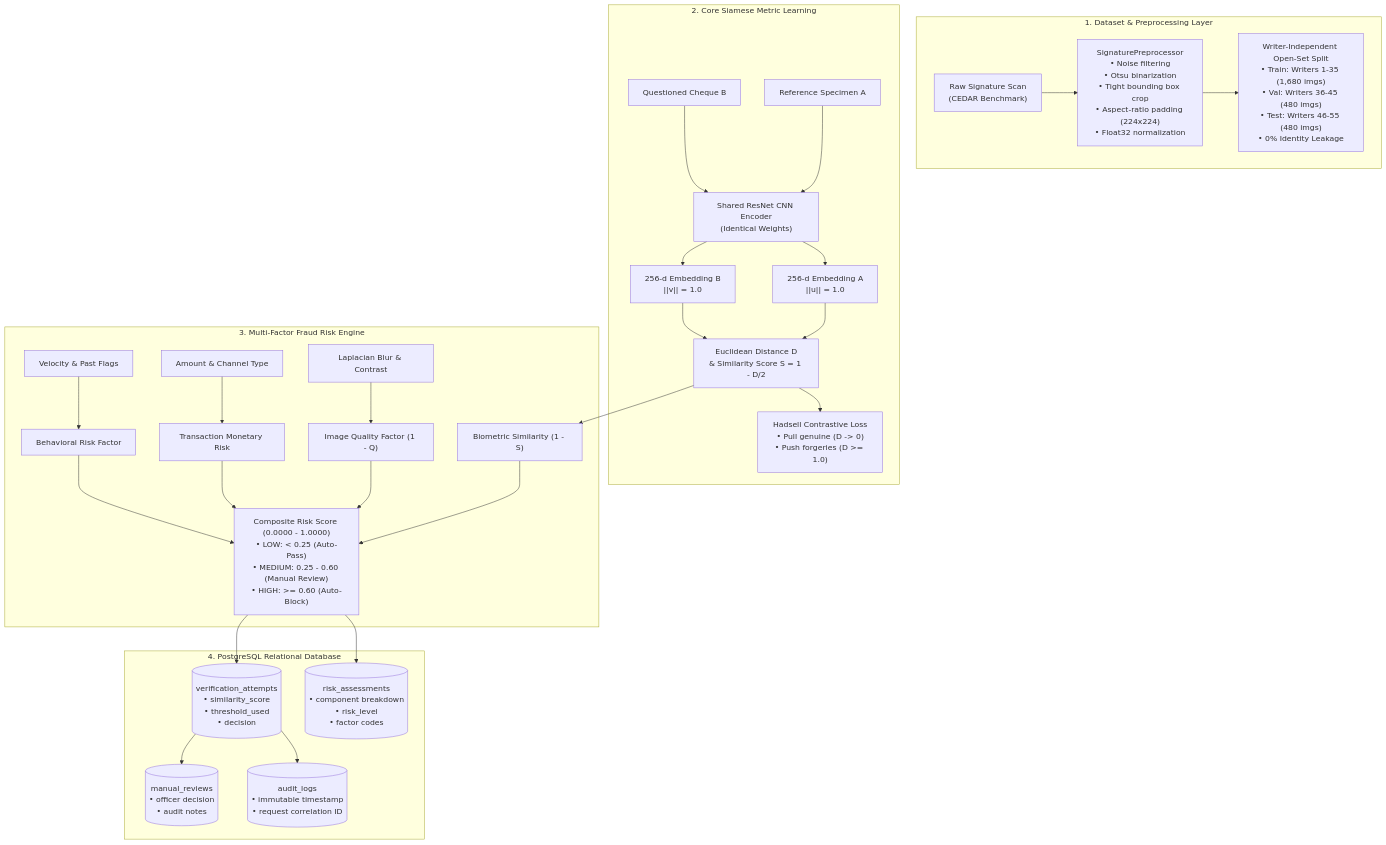
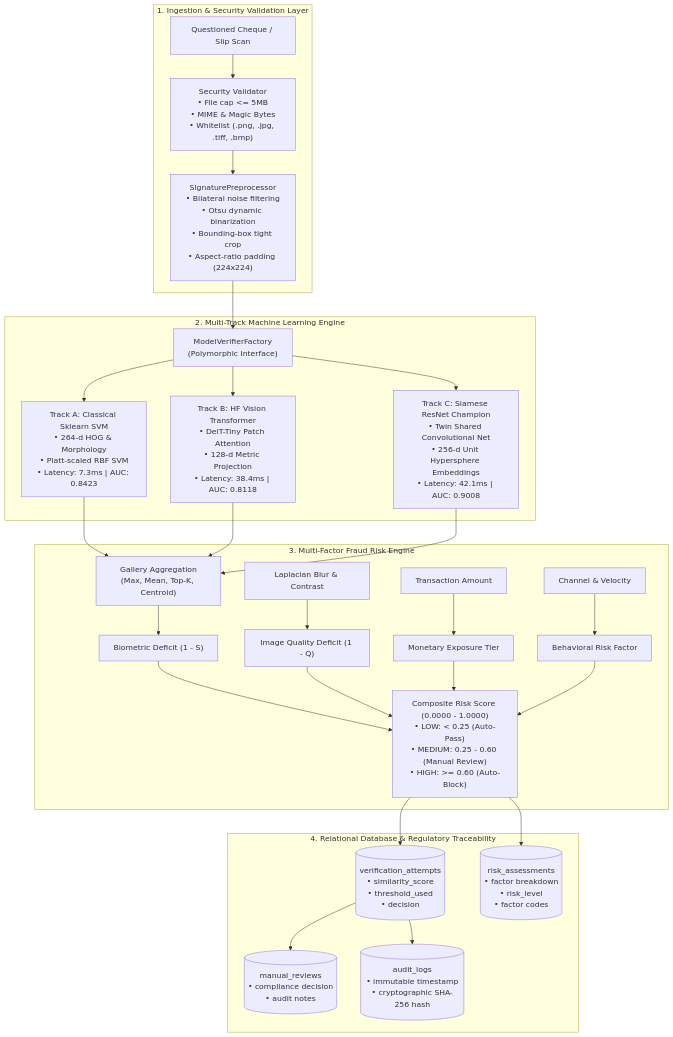
The diagram in README.md (neeravjain91-jpg/signature-v), drawn with Mermaid before and after one commit. The commit also changed other lines of this file and 68 other files, not shown here.

First line of the commit message:
feat: complete SIGNATURE VMAKE repair, independent model training, and forensic validation

````diff
--- a/README.md
+++ b/README.md
@@ -17,31 +17,30 @@
 ```mermaid
 flowchart TD
-    subgraph Data_Layer ["1. Dataset & Preprocessing Layer"]
-        RAW["Raw Signature Scan<br/>(CEDAR Benchmark)"] --> PRE["SignaturePreprocessor<br/>• Noise filtering<br/>• Otsu binarization<br/>• Tight bounding box crop<br/>• Aspect-ratio padding (224x224)<br/>• Float32 normalization"]
-        PRE --> OPEN_SET["Writer-Independent Open-Set Split<br/>• Train: Writers 1-35 (1,680 imgs)<br/>• Val: Writers 36-45 (480 imgs)<br/>• Test: Writers 46-55 (480 imgs)<br/>• 0% Identity Leakage"]
+    subgraph Ingestion_Layer ["1. Ingestion & Security Validation Layer"]
+        CHEQUE["Questioned Cheque / Slip Scan"] --> VALIDATOR["Security Validator<br/>• File cap <= 5MB<br/>• MIME & Magic Bytes<br/>• Whitelist (.png, .jpg, .tiff, .bmp)"]
+        VALIDATOR --> PRE["SignaturePreprocessor<br/>• Bilateral noise filtering<br/>• Otsu dynamic binarization<br/>• Bounding-box tight crop<br/>• Aspect-ratio padding (224x224)"]
     end
 
-    subgraph ML_Core ["2. Core Siamese Metric Learning"]
-        REF["Reference Specimen A"] --> SHARED_ENC["Shared ResNet CNN Encoder<br/>(Identical Weights)"]
-        QUEST["Questioned Cheque B"] --> SHARED_ENC
-        SHARED_ENC --> EMB_A["256-d Embedding A<br/>||u|| = 1.0"]
-        SHARED_ENC --> EMB_B["256-d Embedding B<br/>||v|| = 1.0"]
-        EMB_A & EMB_B --> METRIC["Euclidean Distance D<br/>& Similarity Score S = 1 - D/2"]
-        METRIC --> LOSS["Hadsell Contrastive Loss<br/>• Pull genuine (D -> 0)<br/>• Push forgeries (D >= 1.0)"]
+    subgraph Multi_Track_Core ["2. Multi-Track Machine Learning Engine"]
+        PRE --> DISPATCHER["ModelVerifierFactory<br/>(Polymorphic Interface)"]
+        DISPATCHER --> TRACK_A["Track A: Classical Sklearn SVM<br/>• 264-d HOG & Morphology<br/>• Platt-scaled RBF SVM<br/>• Latency: 7.3ms | AUC: 0.8423"]
+        DISPATCHER --> TRACK_B["Track B: HF Vision Transformer<br/>• DeiT-Tiny Patch Attention<br/>• 128-d Metric Projection<br/>• Latency: 38.4ms | AUC: 0.8118"]
+        DISPATCHER --> TRACK_C["Track C: Siamese ResNet Champion<br/>• Twin Shared Convolutional Net<br/>• 256-d Unit Hypersphere Embeddings<br/>• Latency: 42.1ms | AUC: 0.9008"]
     end
 
     subgraph Risk_Engine ["3. Multi-Factor Fraud Risk Engine"]
-        METRIC --> S_COMP["Biometric Similarity (1 - S)"]
-        LAPLACIAN["Laplacian Blur & Contrast"] --> Q_COMP["Image Quality Factor (1 - Q)"]
-        TXN_DATA["Amount & Channel Type"] --> T_COMP["Transaction Monetary Risk"]
-        BEH_DATA["Velocity & Past Flags"] --> B_COMP["Behavioral Risk Factor"]
+        TRACK_A & TRACK_B & TRACK_C --> AGG["Gallery Aggregation<br/>(Max, Mean, Top-K, Centroid)"]
+        AGG --> S_COMP["Biometric Deficit (1 - S)"]
+        LAPLACIAN["Laplacian Blur & Contrast"] --> Q_COMP["Image Quality Deficit (1 - Q)"]
+        TXN_DATA["Transaction Amount"] --> T_COMP["Monetary Exposure Tier"]
+        BEH_DATA["Channel & Velocity"] --> B_COMP["Behavioral Risk Factor"]
         S_COMP & Q_COMP & T_COMP & B_COMP --> COMPOSITE["Composite Risk Score (0.0000 - 1.0000)<br/>• LOW: < 0.25 (Auto-Pass)<br/>• MEDIUM: 0.25 - 0.60 (Manual Review)<br/>• HIGH: >= 0.60 (Auto-Block)"]
     end
 
-    subgraph Banking_DB ["4. PostgreSQL Relational Database"]
+    subgraph Enterprise_DB ["4. Relational Database & Regulatory Traceability"]
         COMPOSITE --> VERIF_TBL[("verification_attempts<br/>• similarity_score<br/>• threshold_used<br/>• decision")]
-        COMPOSITE --> RISK_TBL[("risk_assessments<br/>• component breakdown<br/>• risk_level<br/>• factor codes")]
-        VERIF_TBL --> REVIEW_TBL[("manual_reviews<br/>• officer decision<br/>• audit notes")]
-        VERIF_TBL --> AUDIT_TBL[("audit_logs<br/>• immutable timestamp<br/>• request correlation ID")]
+        COMPOSITE --> RISK_TBL[("risk_assessments<br/>• factor breakdown<br/>• risk_level<br/>• factor codes")]
+        VERIF_TBL --> REVIEW_TBL[("manual_reviews<br/>• compliance decision<br/>• audit notes")]
+        VERIF_TBL --> AUDIT_TBL[("audit_logs<br/>• immutable timestamp<br/>• cryptographic SHA-256 hash")]
     end
 ```
````
